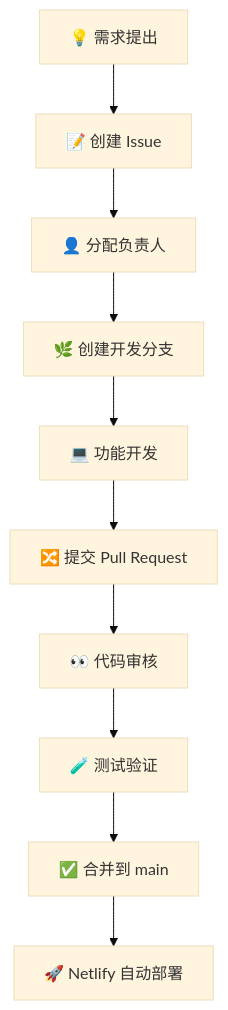
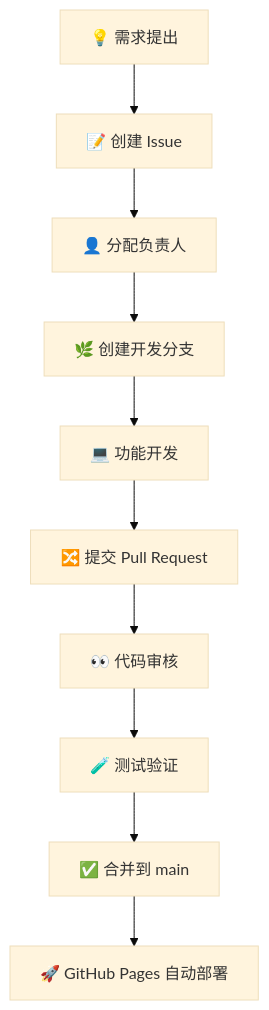
The diagram in README.md (EmenWebsiteCollection/yishen-navigation), drawn with Mermaid (base theme) before and after one commit. The commit also changed other lines of this file and 37 other files, not shown here.

First line of the commit message:
feat: 迁移到 GitHub Pages + Cloudflare Workers（Refs #184）

````diff
--- a/README.md
+++ b/README.md
@@ -142,12 +143,12 @@
 ```mermaid
 graph TD
     A[💡 需求提出] --> B[📝 创建 Issue]
     B --> C[👤 分配负责人]
     C --> D[🌿 创建开发分支]
     D --> E[💻 功能开发]
     E --> F[🔀 提交 Pull Request]
     F --> G[👀 代码审核]
     G --> H[🧪 测试验证]
     H --> I[✅ 合并到 main]
-    I --> J[🚀 Netlify 自动部署]
+    I --> J[🚀 GitHub Pages 自动部署]
 ```
````
